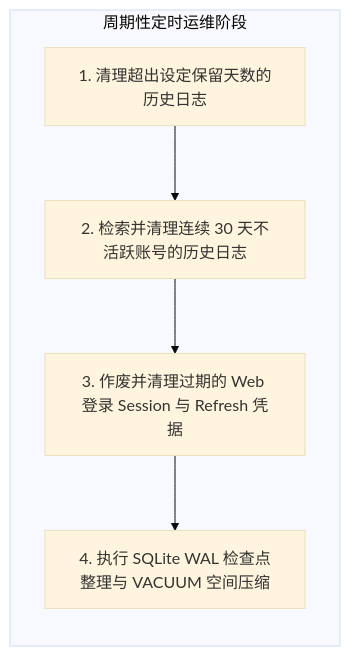
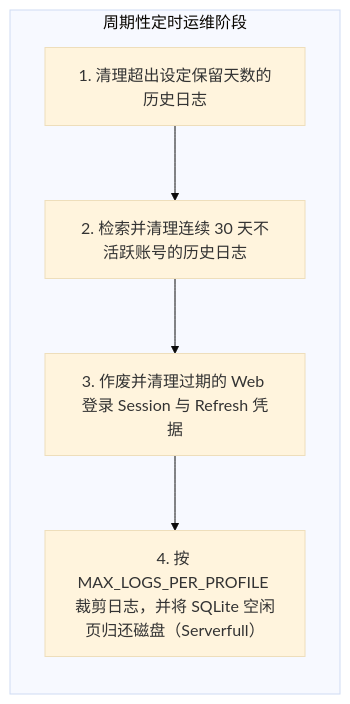
Before and after one commit to bibicadotnet/ObexDNS: the diagram in docs/src/content/docs/zh-cn/maintenance/lifecycle.md, drawn with Mermaid (base theme). The commit also changed other lines of this file and 17 other files, not shown here.

````diff
--- a/docs/src/content/docs/zh-cn/maintenance/lifecycle.md
+++ b/docs/src/content/docs/zh-cn/maintenance/lifecycle.md
@@ -30,11 +30,11 @@
 ```mermaid
 flowchart TD
     subgraph Maintenance["周期性定时运维阶段"]
         direction TB
         M1["1. 清理超出设定保留天数的历史日志"]
         M2["2. 检索并清理连续 30 天不活跃账号的历史日志"]
         M3["3. 作废并清理过期的 Web 登录 Session 与 Refresh 凭据"]
-        M4["4. 执行 SQLite WAL 检查点整理与 VACUUM 空间压缩"]
+        M4["4. 按 MAX_LOGS_PER_PROFILE 裁剪日志，并将 SQLite 空闲页归还磁盘（Serverfull）"]
         M1 --> M2 --> M3 --> M4
     end
 ```
````
